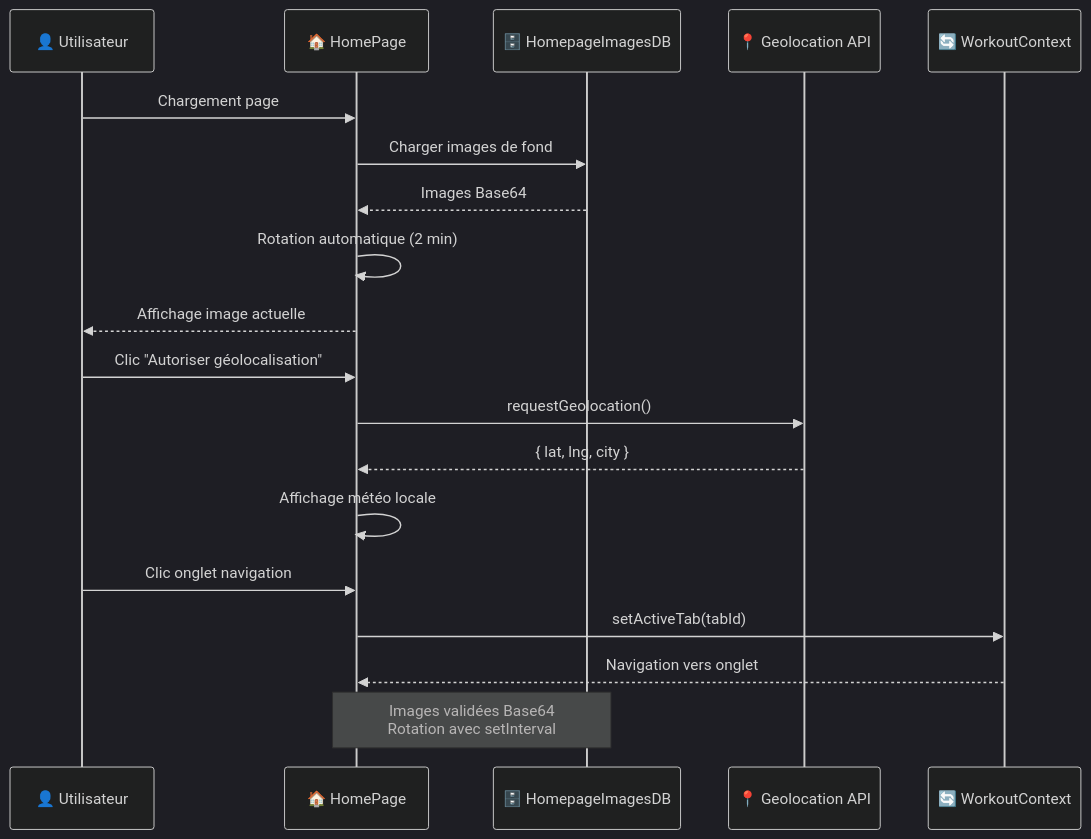
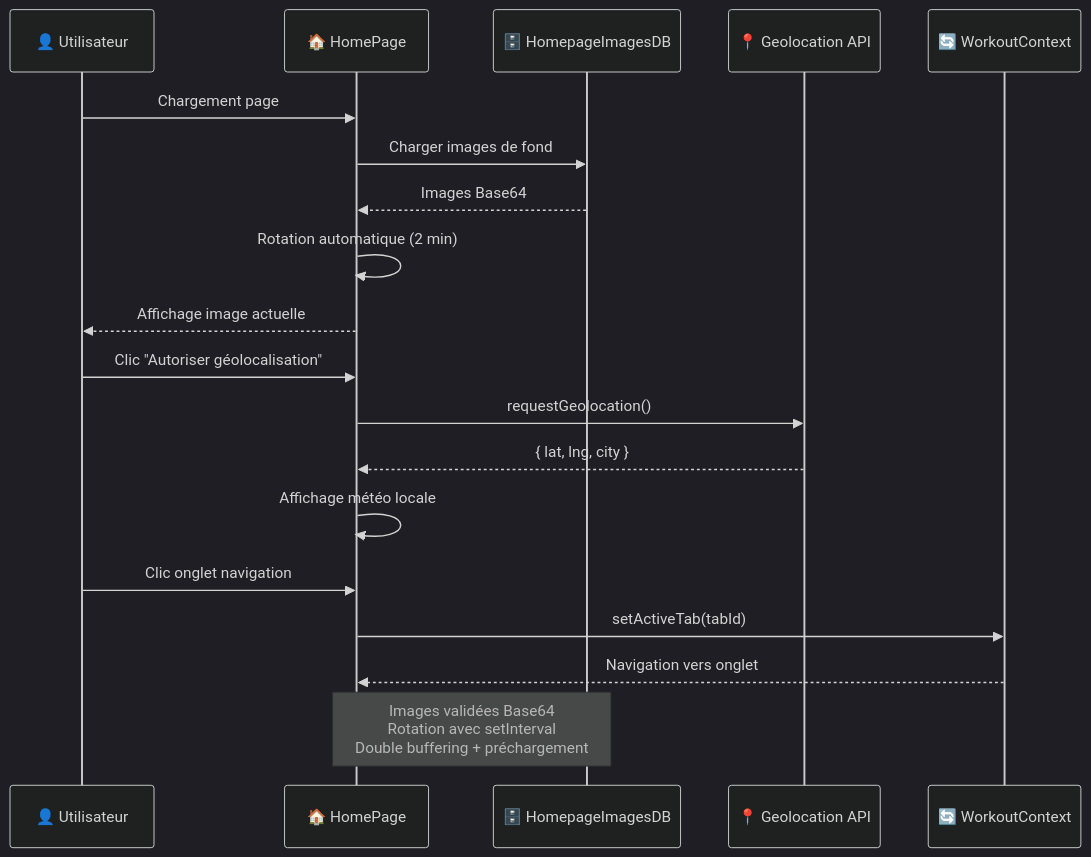
One commit to zingariello1314/workouttracker changed the tenth of 26 diagrams in README.md. Above: the diagram before and after it, drawn with Mermaid (dark theme). The commit also changed other lines of this file and 26 other files, not shown here.

````diff
--- a/README.md
+++ b/README.md
@@ -1269,25 +1277,25 @@
 ```mermaid
 sequenceDiagram
     participant U as 👤 Utilisateur
     participant HP as 🏠 HomePage
     participant HIDB as 🗄️ HomepageImagesDB
     participant GL as 📍 Geolocation API
     participant WC as 🔄 WorkoutContext
 
     U->>HP: Chargement page
     HP->>HIDB: Charger images de fond
     HIDB-->>HP: Images Base64
     HP->>HP: Rotation automatique (2 min)
     HP-->>U: Affichage image actuelle
     
     U->>HP: Clic "Autoriser géolocalisation"
     HP->>GL: requestGeolocation()
     GL-->>HP: { lat, lng, city }
     HP->>HP: Affichage météo locale
     
     U->>HP: Clic onglet navigation
     HP->>WC: setActiveTab(tabId)
     WC-->>HP: Navigation vers onglet
     
-    Note over HP,HIDB: Images validées Base64<br/>Rotation avec setInterval
+    Note over HP,HIDB: Images validées Base64<br/>Rotation avec setInterval<br/>Double buffering + préchargement
 ```
````
